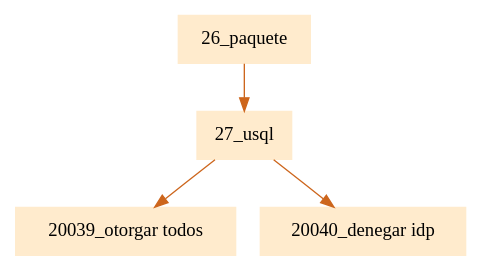
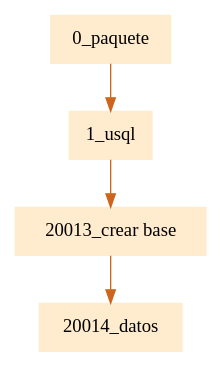
One commit to JamesMelgar/compi2javaccpr1 changed the diagram in pr1Compilarodores2/paquete.dot. Above: the diagram before and after it, drawn with Graphviz. The commit also changed 20 other files, not shown here.

```diff
--- a/pr1Compilarodores2/paquete.dot
+++ b/pr1Compilarodores2/paquete.dot
@@ -1,5 +1,5 @@
 digraph G {node[shape=box, style=filled, color=blanchedalmond]; edge[color=chocolate3];rankdir=UD 
 
-"26_paquete"->"27_usql""27_usql"->"20039_otorgar todos""27_usql"->"20040_denegar idp"
+"0_paquete"->"1_usql""1_usql"->"20013_crear base""20013_crear base"->"20014_datos"
 
 }
```
